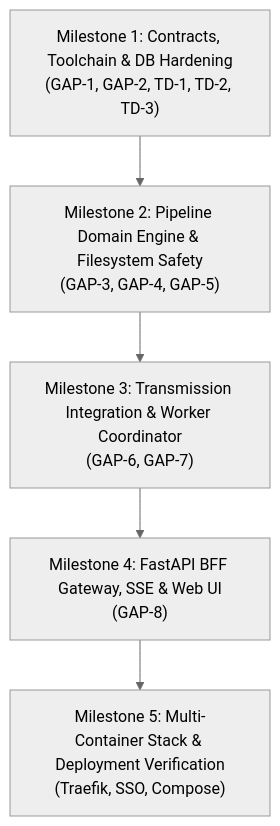
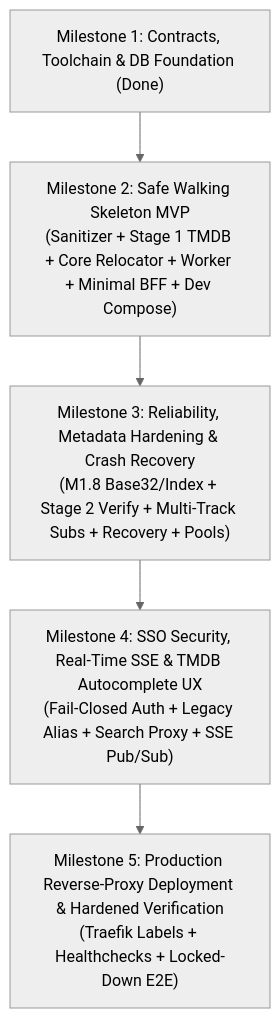
One commit to kiskaadee/MagNetFlix changed the diagram in docs/roadmap.md. Above: the diagram before and after it, drawn with Mermaid (neutral theme). The commit also changed other lines of this file and 2 other files, not shown here.

First line of the commit message:
docs(roadmap): resequence plan around Safe Walking Skeleton MVP

````diff
--- a/docs/roadmap.md
+++ b/docs/roadmap.md
@@ -9,13 +9,13 @@
 ```mermaid
 flowchart TD
-    M1["Milestone 1: Contracts, Toolchain & DB Hardening\n(GAP-1, GAP-2, TD-1, TD-2, TD-3)"]
-    M2["Milestone 2: Pipeline Domain Engine & Filesystem Safety\n(GAP-3, GAP-4, GAP-5)"]
-    M3["Milestone 3: Transmission Integration & Worker Coordinator\n(GAP-6, GAP-7)"]
-    M4["Milestone 4: FastAPI BFF Gateway, SSE & Web UI\n(GAP-8)"]
-    M5["Milestone 5: Multi-Container Stack & Deployment Verification\n(Traefik, SSO, Compose)"]
+    M1["Milestone 1: Contracts, Toolchain & DB Foundation (Done)"]
+    M2["Milestone 2: Safe Walking Skeleton MVP\n(Sanitizer + Stage 1 TMDB + Core Relocator + Worker + Minimal BFF + Dev Compose)"]
+    M3["Milestone 3: Reliability, Metadata Hardening & Crash Recovery\n(M1.8 Base32/Index + Stage 2 Verify + Multi-Track Subs + Recovery + Pools)"]
+    M4["Milestone 4: SSO Security, Real-Time SSE & TMDB Autocomplete UX\n(Fail-Closed Auth + Legacy Alias + Search Proxy + SSE Pub/Sub)"]
+    M5["Milestone 5: Production Reverse-Proxy Deployment & Hardened Verification\n(Traefik Labels + Healthchecks + Locked-Down E2E)"]
 
     M1 --> M2
     M2 --> M3
     M3 --> M4
     M4 --> M5
 ```
````
